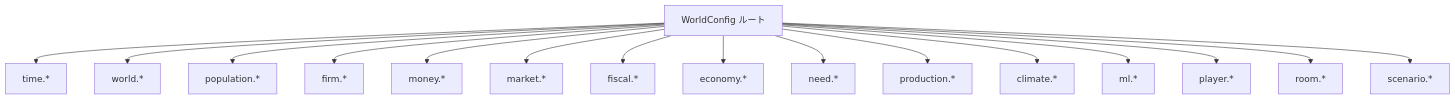
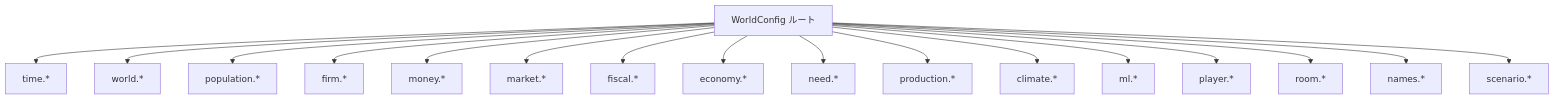
Before and after one commit to h4ribote/FinBox: the first of 3 diagrams in doc/16-configuration-and-initialization.md, drawn with Mermaid. The commit also changed other lines of this file and 8 other files, not shown here.

````diff
--- a/doc/16-configuration-and-initialization.md
+++ b/doc/16-configuration-and-initialization.md
@@ -11,18 +11,19 @@
 ```mermaid
 flowchart TD
   RC[WorldConfig ルート] --> T[time.*]
   RC --> W[world.*]
   RC --> P[population.*]
   RC --> F[firm.*]
   RC --> M[money.*]
   RC --> MK[market.*]
   RC --> FI[fiscal.*]
   RC --> EC[economy.*]
   RC --> NE[need.*]
   RC --> PR[production.*]
   RC --> CL[climate.*]
   RC --> ML[ml.*]
   RC --> PL[player.*]
   RC --> RM[room.*]
+  RC --> NM[names.*]
   RC --> SC[scenario.*]
 ```
````
